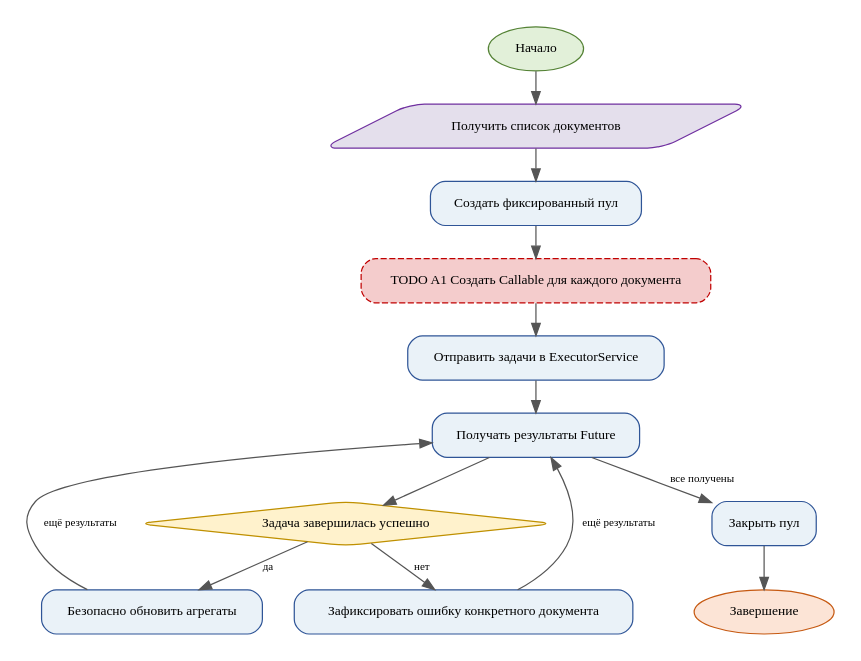
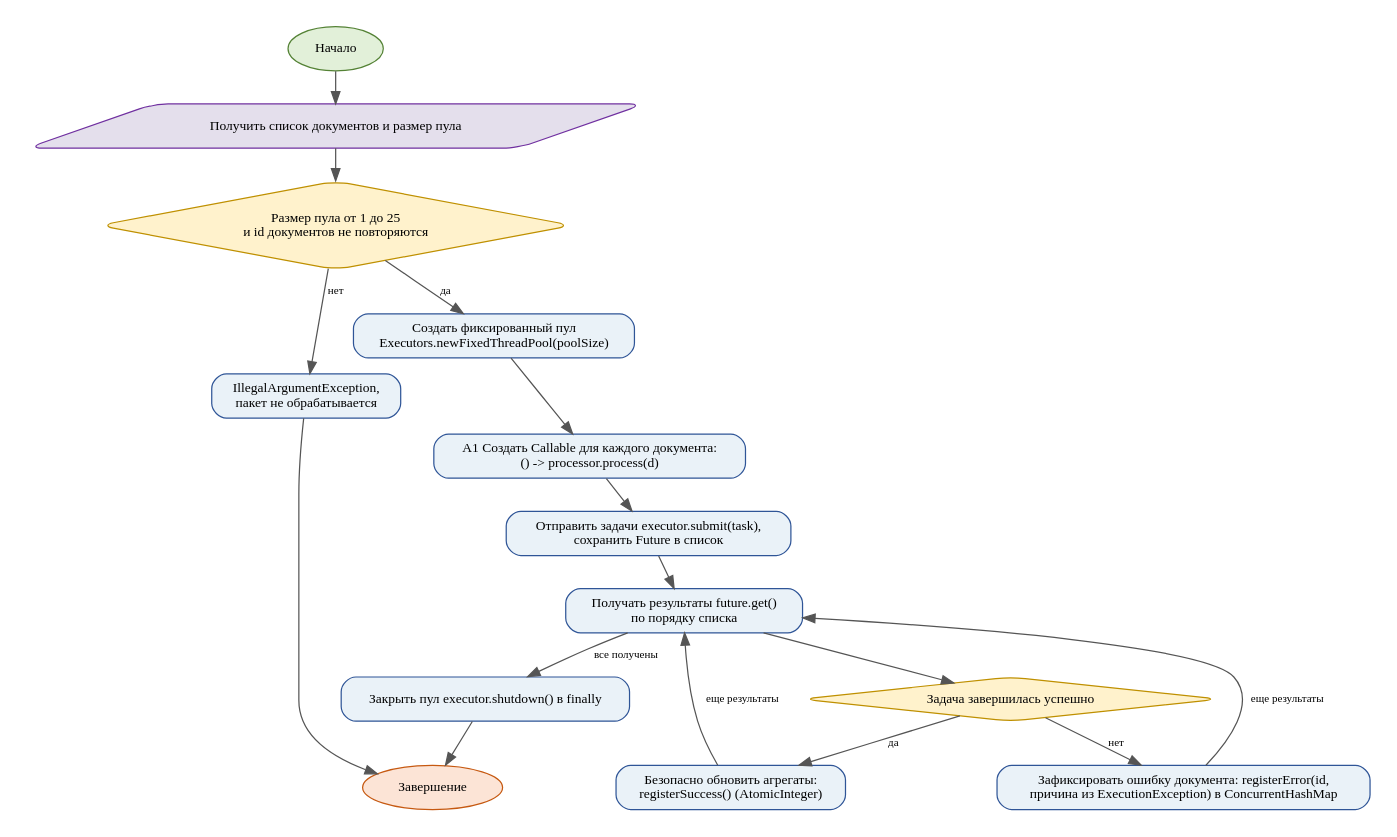
The diagram in diagrams/activity.dot (svpeditor/pr16-klimashevskiy-da), drawn with Graphviz before and after one commit. The commit also changed 3 other files, not shown here.

Commit message:
Итоговые activity-диаграмма и диаграмма классов

```diff
--- a/diagrams/activity.dot
+++ b/diagrams/activity.dot
@@ -1,28 +1,33 @@
 digraph G {
-graph [rankdir=TB, bgcolor="white", pad=0.2, nodesep=0.25, ranksep=0.35];
+graph [rankdir=TB, bgcolor="white", pad=0.2, nodesep=0.3, ranksep=0.35];
 node [shape=box, style="rounded,filled", fontname="Times New Roman", fontsize=11, color="#2F5597", fillcolor="#EAF2F8", margin="0.12,0.08"];
 edge [fontname="Times New Roman", fontsize=9, color="#555555"];
 start [label="Начало", shape=oval, fillcolor="#E2F0D9", color="#548235"];
 end [label="Завершение", shape=oval, fillcolor="#FCE4D6", color="#C65911"];
-n1 [label="Получить список документов" ,shape=parallelogram,fillcolor="#E4DFEC",color="#7030A0"];
-n2 [label="Создать фиксированный пул" ];
-n3 [label="TODO A1 Создать Callable для каждого документа" ,fillcolor="#F4CCCC",color="#C00000",style="rounded,dashed,filled"];
-n4 [label="Отправить задачи в ExecutorService" ];
-n5 [label="Получать результаты Future" ];
+n1 [label="Получить список документов и размер пула" ,shape=parallelogram,fillcolor="#E4DFEC",color="#7030A0"];
+n1b [label="Размер пула от 1 до 25\nи id документов не повторяются" ,shape=diamond,fillcolor="#FFF2CC",color="#BF9000"];
+n1e [label="IllegalArgumentException,\nпакет не обрабатывается"];
+n2 [label="Создать фиксированный пул\nExecutors.newFixedThreadPool(poolSize)"];
+n3 [label="A1 Создать Callable для каждого документа:\n() -> processor.process(d)"];
+n4 [label="Отправить задачи executor.submit(task),\nсохранить Future в список"];
+n5 [label="Получать результаты future.get()\nпо порядку списка"];
 n6 [label="Задача завершилась успешно" ,shape=diamond,fillcolor="#FFF2CC",color="#BF9000"];
-n7 [label="Безопасно обновить агрегаты" ];
-n8 [label="Зафиксировать ошибку конкретного документа" ];
-n9 [label="Закрыть пул" ];
+n7 [label="Безопасно обновить агрегаты:\nregisterSuccess() (AtomicInteger)"];
+n8 [label="Зафиксировать ошибку документа: registerError(id,\nпричина из ExecutionException) в ConcurrentHashMap"];
+n9 [label="Закрыть пул executor.shutdown() в finally"];
 start -> n1;
-n1 -> n2;
+n1 -> n1b;
+n1b -> n2 [label="да"];
+n1b -> n1e [label="нет"];
+n1e -> end;
 n2 -> n3;
 n3 -> n4;
 n4 -> n5;
 n5 -> n6;
 n6 -> n7 [label="да"];
 n6 -> n8 [label="нет"];
-n7 -> n5 [label="ещё результаты"];
-n8 -> n5 [label="ещё результаты"];
+n7 -> n5 [label="еще результаты"];
+n8 -> n5 [label="еще результаты"];
 n5 -> n9 [label="все получены"];
 n9 -> end;
 }
```
